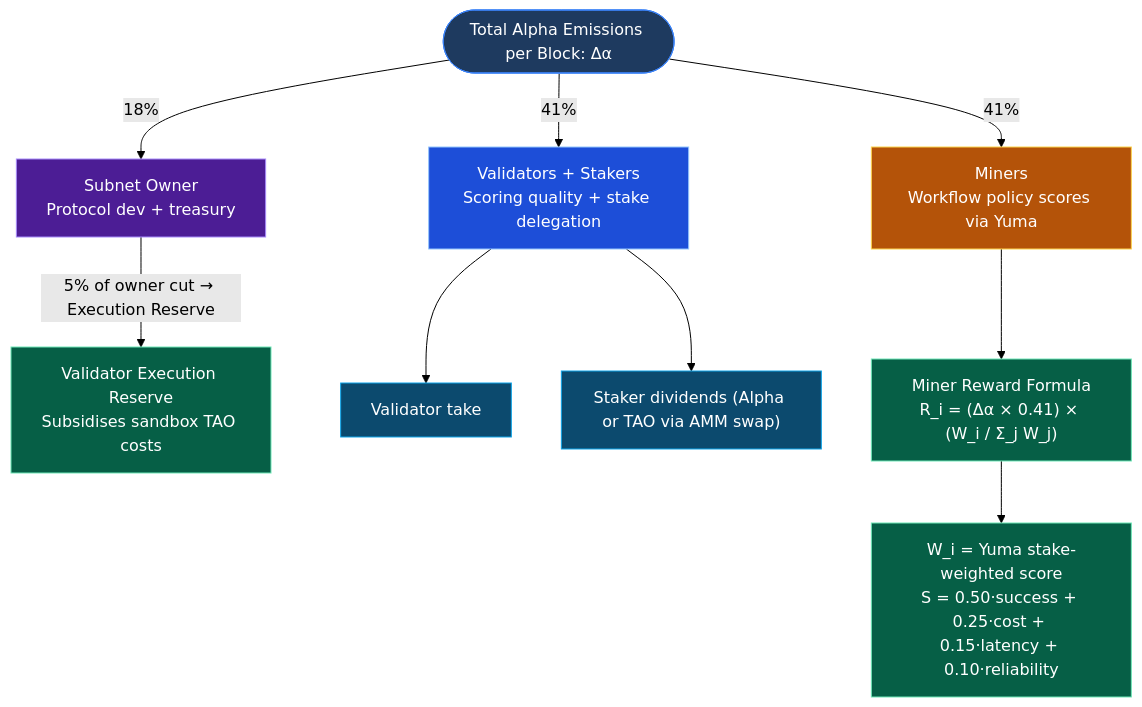
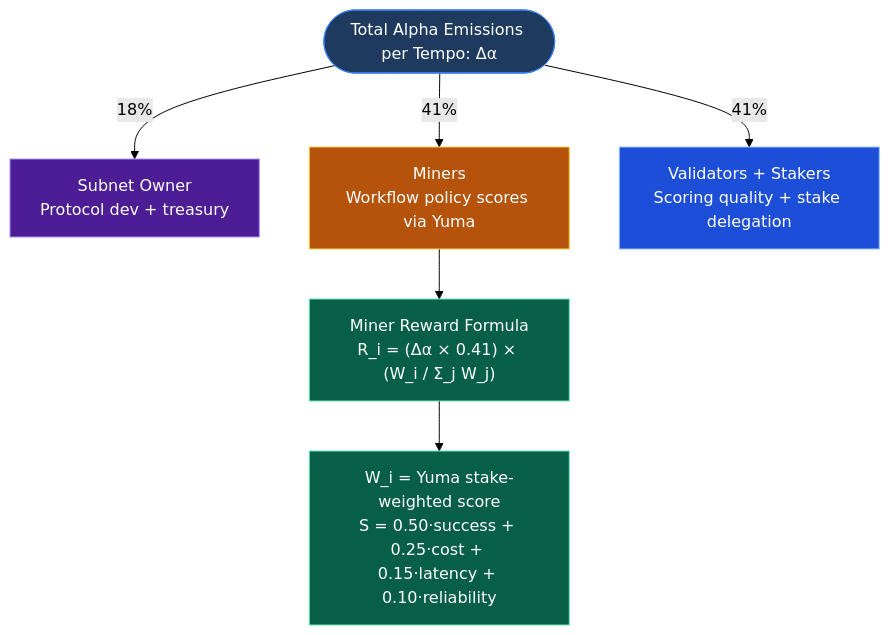
The first of 3 diagrams in readme.md (bloggeraditya5711/C-SWON), drawn with Mermaid (forest theme) before and after one commit. The commit also changed other lines of this file, not shown here.

Commit message:
feat: update alpha emission and validator execution support details, clarify scoring, and remove exponential decay from score aggregation.

````diff
--- a/readme.md
+++ b/readme.md
@@ -30,25 +30,17 @@
 ```mermaid
 flowchart TD
-    E(["Total Alpha Emissions per Block: Δα"]):::emission
+    E(["Total Alpha Emissions per Tempo: Δα"]):::emission
 
     E -->|18%| O["Subnet Owner<br/>Protocol dev + treasury"]:::owner
     E -->|41%| M["Miners<br/>Workflow policy scores via Yuma"]:::miner
     E -->|41%| VS["Validators + Stakers<br/>Scoring quality + stake delegation"]:::validator
-
-    O -->|5% of owner cut → Execution Reserve| ER["Validator Execution Reserve<br/>Subsidises sandbox TAO costs"]:::reserve
-
-    VS --> VT["Validator take"]:::vt
-    VS --> SD["Staker dividends (Alpha or TAO via AMM swap)"]:::sd
 
     M --> RF["Miner Reward Formula<br/>R_i = (Δα × 0.41) × (W_i / Σ_j W_j)"]:::formula
     RF --> WF["W_i = Yuma stake-weighted score<br/>S = 0.50·success + 0.25·cost + 0.15·latency + 0.10·reliability"]:::formula
 
     classDef emission fill:#1e3a5f,stroke:#3b82f6,color:#fff
     classDef owner   fill:#4c1d95,stroke:#a78bfa,color:#fff
     classDef miner   fill:#b45309,stroke:#fcd34d,color:#fff
     classDef validator fill:#1d4ed8,stroke:#93c5fd,color:#fff
-    classDef reserve fill:#065f46,stroke:#6ee7b7,color:#fff
-    classDef vt      fill:#0c4a6e,stroke:#0ea5e9,color:#fff
-    classDef sd      fill:#0c4a6e,stroke:#0ea5e9,color:#fff
     classDef formula fill:#065f46,stroke:#6ee7b7,color:#fff
 ```
````
